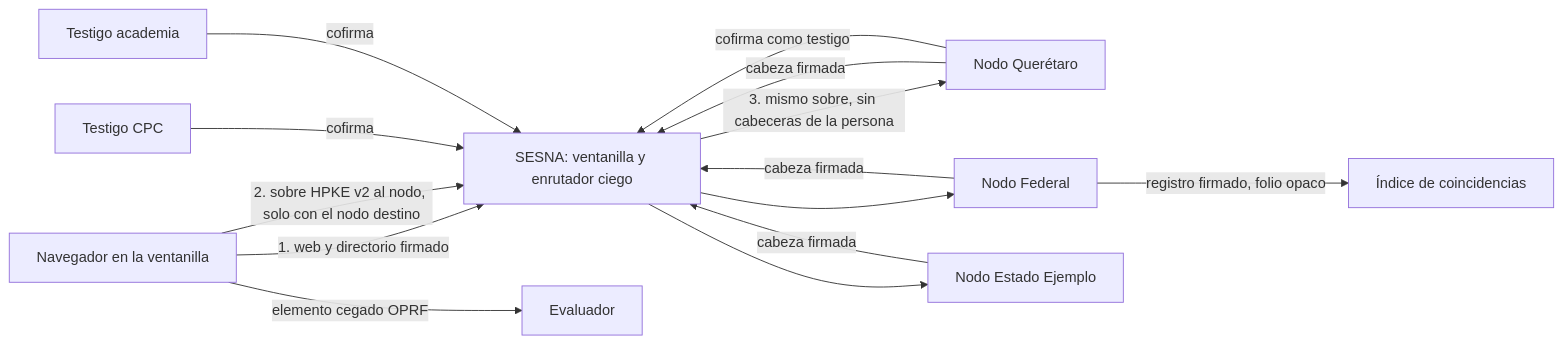
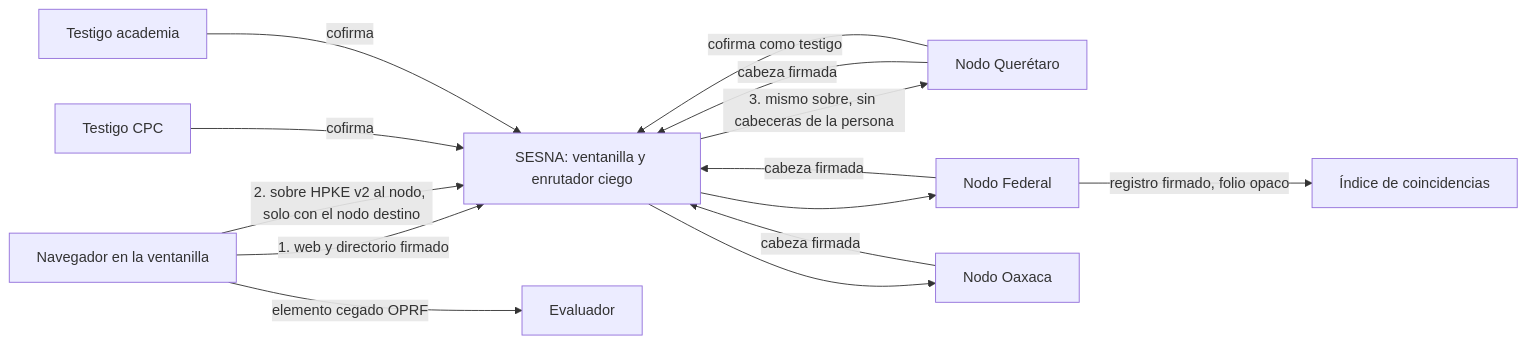
One commit to GuilleOp/sigilo-s5 changed the sixth of 6 diagrams in docs/arquitectura.md. Above: the diagram before and after it, drawn with Mermaid. The commit also changed other lines of this file and 37 other files, not shown here.

First line of the commit message:
feat(demo): Oaxaca en lugar del Estado Ejemplo ficticio

````diff
--- a/docs/arquitectura.md
+++ b/docs/arquitectura.md
@@ -255,16 +255,16 @@
 ```mermaid
 flowchart LR
   N[Navegador en la ventanilla] -- 1. web y directorio firmado --> R[SESNA: ventanilla y enrutador ciego]
   N -- 2. sobre HPKE v2 al nodo, solo con el nodo destino --> R
   R -- 3. mismo sobre, sin cabeceras de la persona --> Q[Nodo Querétaro]
   R --> F[Nodo Federal]
-  R --> X[Nodo Estado Ejemplo]
+  R --> X[Nodo Oaxaca]
   Q -- cabeza firmada --> R
   F -- cabeza firmada --> R
   X -- cabeza firmada --> R
   T1[Testigo CPC] -- cofirma --> R
   T2[Testigo academia] -- cofirma --> R
   Q -- cofirma como testigo --> R
   F -- registro firmado, folio opaco --> I[Índice de coincidencias]
   N -- elemento cegado OPRF --> E[Evaluador]
 ```
````
